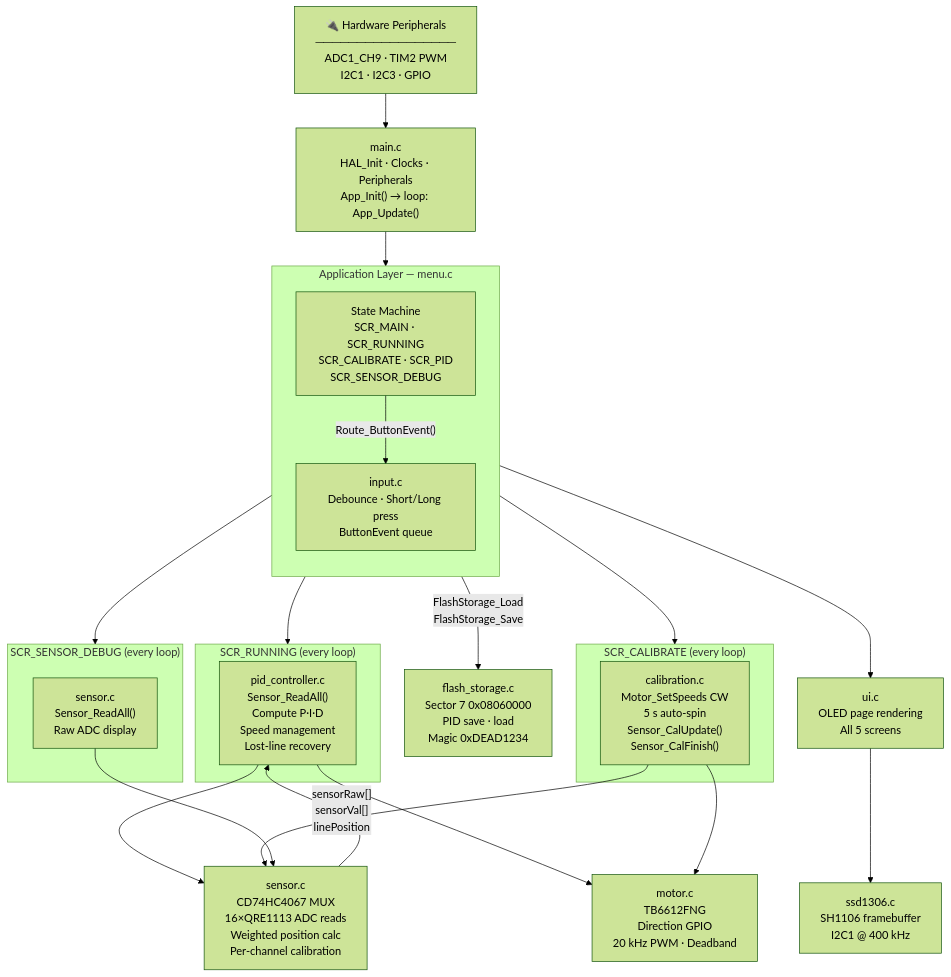
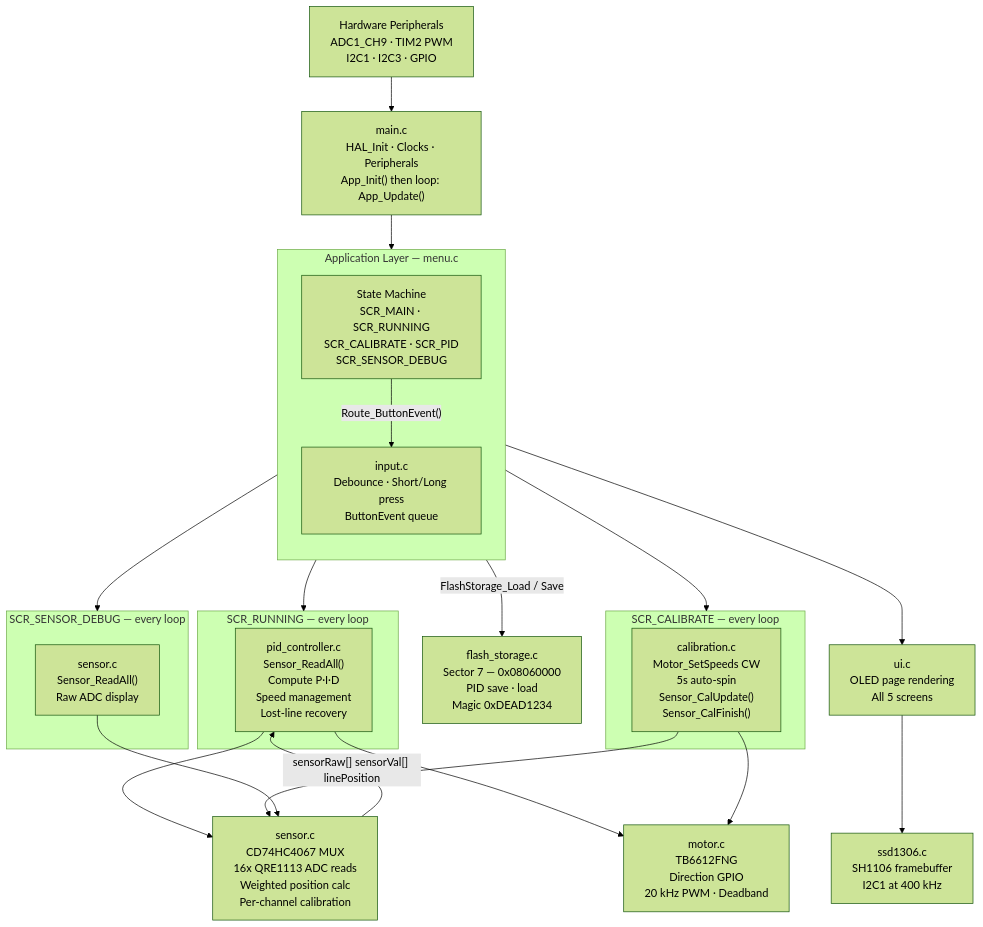
Before and after one commit to cedvtan13/LineFollower: the diagram in README.md, drawn with Mermaid (forest theme).

Commit message:
Refactor flowchart formatting in README; enhance readability with line breaks and consistent terminology

````diff
--- a/README.md
+++ b/README.md
@@ -81,52 +81,47 @@
 ```mermaid
 flowchart TD
-    HW["🔌 Hardware Peripherals\n─────────────────\nADC1_CH9 · TIM2 PWM\nI2C1 · I2C3 · GPIO"]
+    HW["Hardware Peripherals<br/>ADC1_CH9 · TIM2 PWM<br/>I2C1 · I2C3 · GPIO"]
+    MAIN["main.c<br/>HAL_Init · Clocks · Peripherals<br/>App_Init() then loop: App_Update()"]
 
-    MAIN["main.c\nHAL_Init · Clocks · Peripherals\nApp_Init() → loop: App_Update()"]
-
-    subgraph APP["Application Layer  —  menu.c"]
+    subgraph APP["Application Layer — menu.c"]
         direction TB
-        SM["State Machine\nSCR_MAIN · SCR_RUNNING\nSCR_CALIBRATE · SCR_PID\nSCR_SENSOR_DEBUG"]
-        INPUT["input.c\nDebounce · Short/Long press\nButtonEvent queue"]
+        SM["State Machine<br/>SCR_MAIN · SCR_RUNNING<br/>SCR_CALIBRATE · SCR_PID<br/>SCR_SENSOR_DEBUG"]
+        INPUT["input.c<br/>Debounce · Short/Long press<br/>ButtonEvent queue"]
         SM -->|"Route_ButtonEvent()"| INPUT
     end
 
-    subgraph RUNNING["SCR_RUNNING  (every loop)"]
-        PID["pid_controller.c\nSensor_ReadAll()\nCompute P·I·D\nSpeed management\nLost-line recovery"]
+    subgraph RUNNING["SCR_RUNNING — every loop"]
+        PID["pid_controller.c<br/>Sensor_ReadAll()<br/>Compute P·I·D<br/>Speed management<br/>Lost-line recovery"]
     end
 
-    subgraph CALIBRATE["SCR_CALIBRATE  (every loop)"]
-        CAL["calibration.c\nMotor_SetSpeeds CW\n5 s auto-spin\nSensor_CalUpdate()\nSensor_CalFinish()"]
+    subgraph CALIBRATE["SCR_CALIBRATE — every loop"]
+        CAL["calibration.c<br/>Motor_SetSpeeds CW<br/>5s auto-spin<br/>Sensor_CalUpdate()<br/>Sensor_CalFinish()"]
     end
 
-    subgraph DEBUG["SCR_SENSOR_DEBUG  (every loop)"]
-        SENS_DBG["sensor.c\nSensor_ReadAll()\nRaw ADC display"]
+    subgraph DEBUG["SCR_SENSOR_DEBUG — every loop"]
+        SENS_DBG["sensor.c<br/>Sensor_ReadAll()<br/>Raw ADC display"]
     end
 
-    SENSOR["sensor.c\nCD74HC4067 MUX\n16×QRE1113 ADC reads\nWeighted position calc\nPer-channel calibration"]
-
-    MOTOR["motor.c\nTB6612FNG\nDirection GPIO\n20 kHz PWM · Deadband"]
-
-    UI["ui.c\nOLED page rendering\nAll 5 screens"]
-
-    OLED["ssd1306.c\nSH1106 framebuffer\nI2C1 @ 400 kHz"]
-
-    FLASH["flash_storage.c\nSector 7  0x08060000\nPID save · load\nMagic 0xDEAD1234"]
+    SENSOR["sensor.c<br/>CD74HC4067 MUX<br/>16x QRE1113 ADC reads<br/>Weighted position calc<br/>Per-channel calibration"]
+    MOTOR["motor.c<br/>TB6612FNG<br/>Direction GPIO<br/>20 kHz PWM · Deadband"]
+    UI["ui.c<br/>OLED page rendering<br/>All 5 screens"]
+    OLED["ssd1306.c<br/>SH1106 framebuffer<br/>I2C1 at 400 kHz"]
+    FLASH["flash_storage.c<br/>Sector 7 — 0x08060000<br/>PID save · load<br/>Magic 0xDEAD1234"]
 
     HW --> MAIN
     MAIN --> APP
     APP --> RUNNING
     APP --> CALIBRATE
     APP --> DEBUG
     APP --> UI
 
     PID --> SENSOR
     PID --> MOTOR
     CAL --> SENSOR
     CAL --> MOTOR
     SENS_DBG --> SENSOR
 
-    SENSOR -->|"sensorRaw[]\nsensorVal[]\nlinePosition"| PID
+    SENSOR -->|"sensorRaw[] sensorVal[] linePosition"| PID
     UI --> OLED
-    APP -->|"FlashStorage_Load\nFlashStorage_Save"| FLASH
+    APP -->|"FlashStorage_Load / Save"| FLASH
 ```
````
